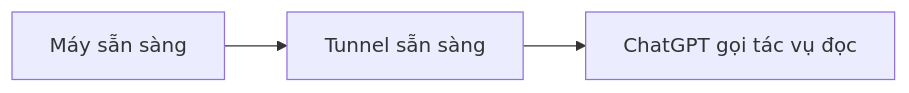
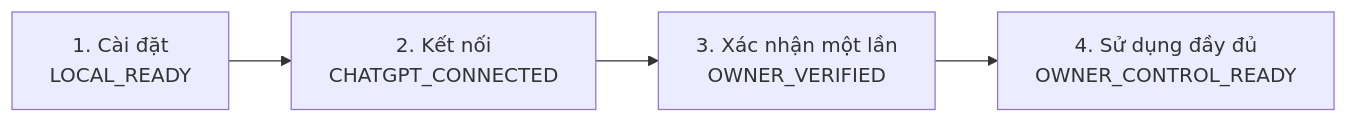
Before and after one commit to phuonghuster7/winowner-mcp: the second of 2 diagrams in docs/START_HERE.vi.md, drawn with Mermaid. The commit also changed other lines of this file and 8 other files, not shown here.

````diff
--- a/docs/START_HERE.vi.md
+++ b/docs/START_HERE.vi.md
@@ -51,5 +52,6 @@
 ```mermaid
 flowchart LR
-  A["Máy sẵn sàng"] --> B["Tunnel sẵn sàng"]
-  B --> C["ChatGPT gọi tác vụ đọc"]
+  A["1. Cài đặt<br/>LOCAL_READY"] --> B["2. Kết nối<br/>CHATGPT_CONNECTED"]
+  B --> C["3. Xác nhận một lần<br/>OWNER_VERIFIED"]
+  C --> D["4. Sử dụng đầy đủ<br/>OWNER_CONTROL_READY"]
 ```
````
